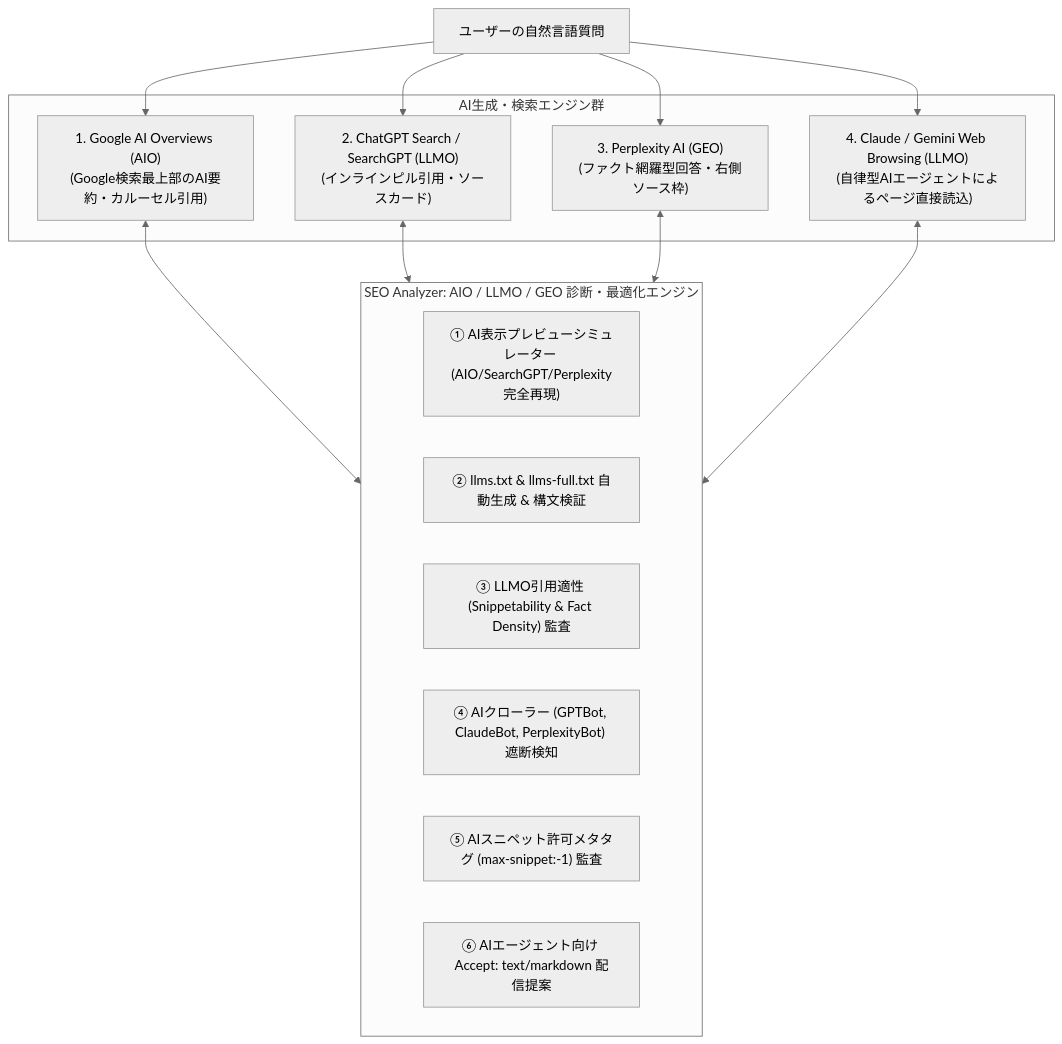
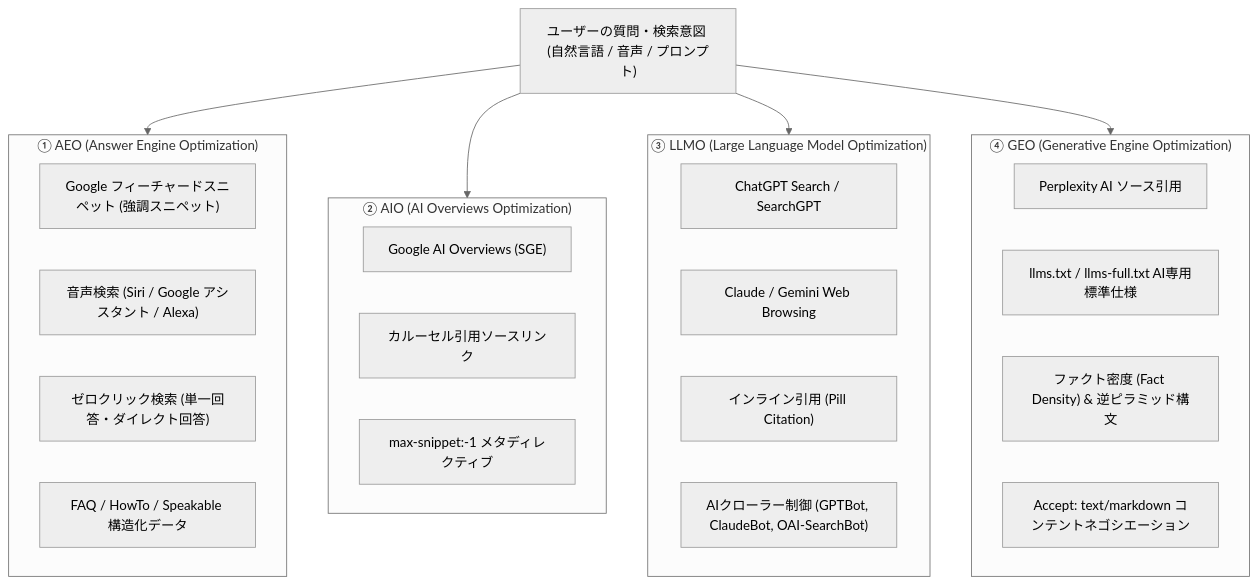
One commit to nntokyo/seo.n-n.tokyo changed the diagram in docs/06_AI_GEO_OPTIMIZATION.md. Above: the diagram before and after it, drawn with Mermaid (neutral theme). The commit also changed other lines of this file and 1 other file, not shown here.

Commit message:
docs: integrate AEO (Answer Engine Optimization) into AI optimization suite

````diff
--- a/docs/06_AI_GEO_OPTIMIZATION.md
+++ b/docs/06_AI_GEO_OPTIMIZATION.md
@@ -16,24 +13,33 @@
 ```mermaid
 graph TD
-    UserQuery["ユーザーの自然言語質問"]
+    Query["ユーザーの質問・検索意図 (自然言語 / 音声 / プロンプト)"]
     
-    subgraph AIEngines["AI生成・検索エンジン群"]
-        GoogleAIO["1. Google AI Overviews (AIO)\n(Google検索最上部のAI要約・カルーセル引用)"]
-        SearchGPT["2. ChatGPT Search / SearchGPT (LLMO)\n(インラインピル引用・ソースカード)"]
-        Perplexity["3. Perplexity AI (GEO)\n(ファクト網羅型回答・右側ソース枠)"]
-        ClaudeGemini["4. Claude / Gemini Web Browsing (LLMO)\n(自律型AIエージェントによるページ直接読込)"]
+    subgraph AELayer["① AEO (Answer Engine Optimization)"]
+        AEO1["Google フィーチャードスニペット (強調スニペット)"]
+        AEO2["音声検索 (Siri / Google アシスタント / Alexa)"]
+        AEO3["ゼロクリック検索 (単一回答・ダイレクト回答)"]
+        AEO4["FAQ / HowTo / Speakable 構造化データ"]
     end
     
-    UserQuery --> GoogleAIO & SearchGPT & Perplexity & ClaudeGemini
-    
-    subgraph OptimizationEngine["SEO Analyzer: AIO / LLMO / GEO 診断・最適化エンジン"]
-        Sim["① AI表示プレビューシミュレーター (AIO/SearchGPT/Perplexity完全再現)"]
-        TxtGen["② llms.txt & llms-full.txt 自動生成 & 構文検証"]
-        FormatAudit["③ LLMO引用適性 (Snippetability & Fact Density) 監査"]
-        BotAudit["④ AIクローラー (GPTBot, ClaudeBot, PerplexityBot) 遮断検知"]
-        TagAudit["⑤ AIスニペット許可メタタグ (max-snippet:-1) 監査"]
-        MarkdownRoute["⑥ AIエージェント向け Accept: text/markdown 配信提案"]
+    subgraph AIOLayer["② AIO (AI Overviews Optimization)"]
+        AIO1["Google AI Overviews (SGE)"]
+        AIO2["カルーセル引用ソースリンク"]
+        AIO3["max-snippet:-1 メタディレクティブ"]
     end
     
-    GoogleAIO & SearchGPT & Perplexity & ClaudeGemini <--> OptimizationEngine
+    subgraph LLMOLayer["③ LLMO (Large Language Model Optimization)"]
+        LLMO1["ChatGPT Search / SearchGPT"]
+        LLMO2["Claude / Gemini Web Browsing"]
+        LLMO3["インライン引用 (Pill Citation)"]
+        LLMO4["AIクローラー制御 (GPTBot, ClaudeBot, OAI-SearchBot)"]
+    end
+    
+    subgraph GEOLayer["④ GEO (Generative Engine Optimization)"]
+        GEO1["Perplexity AI ソース引用"]
+        GEO2["llms.txt / llms-full.txt AI専用標準仕様"]
+        GEO3["ファクト密度 (Fact Density) & 逆ピラミッド構文"]
+        GEO4["Accept: text/markdown コンテントネゴシエーション"]
+    end
+
+    Query --> AELayer & AIOLayer & LLMOLayer & GEOLayer
 ```
````
